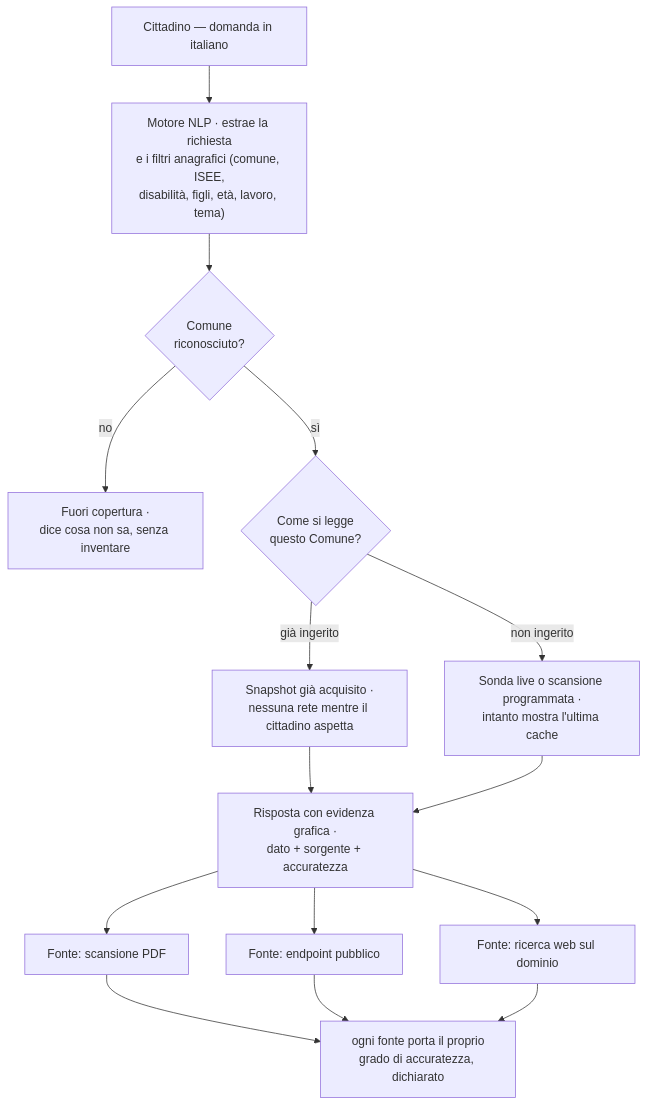
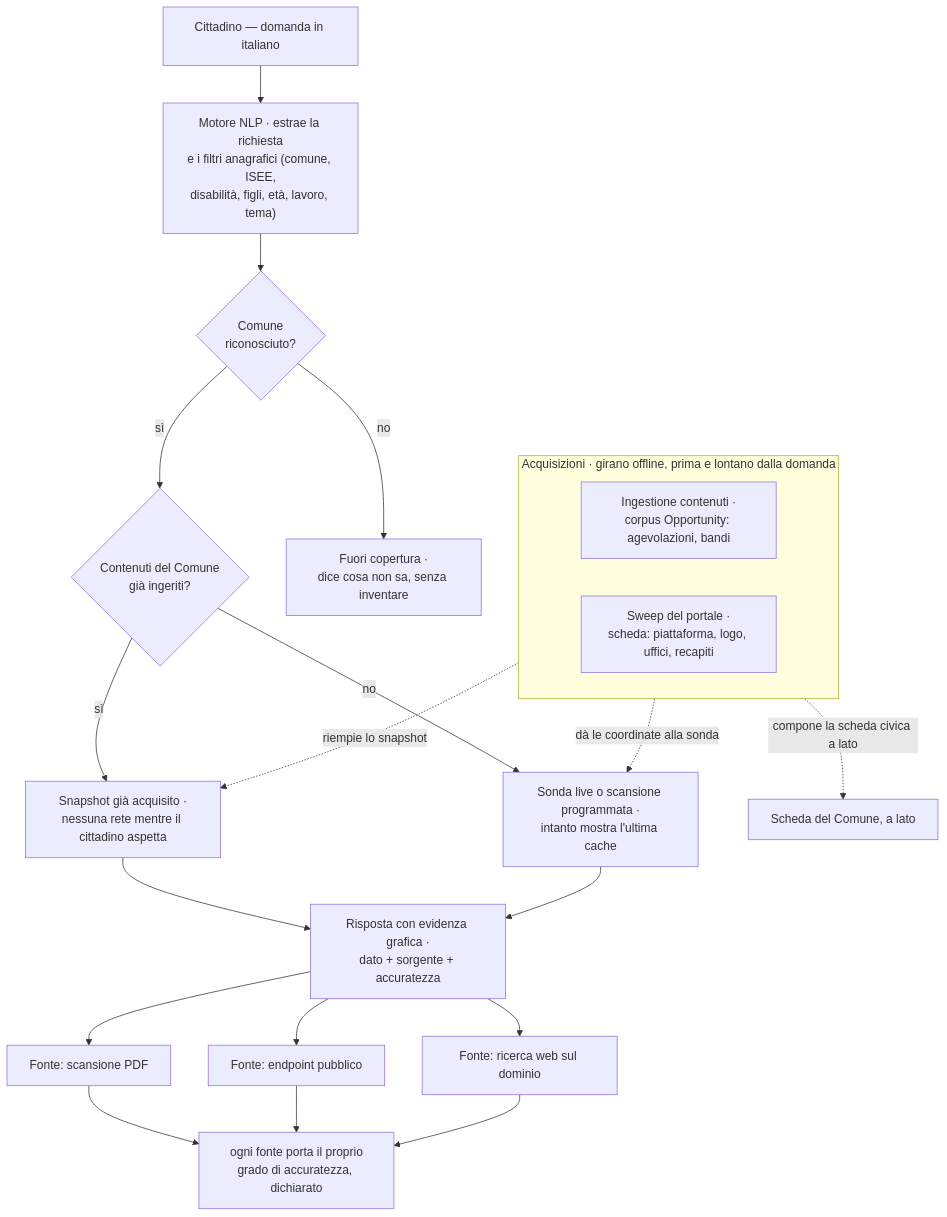
The diagram in docs/architettura.md (stanzinofree/TreasureIQ), drawn with Mermaid before and after one commit. The commit also changed other lines of this file and 8 other files, not shown here.

First line of the commit message:
docs(sweep-vs-ingestione): chiarisce i due atti + GIF live + pagina sito

````diff
--- a/docs/architettura.md
+++ b/docs/architettura.md
@@ -24,17 +24,26 @@
 ```mermaid
 flowchart TD
     U["Cittadino — domanda in italiano"] --> NLP["Motore NLP · estrae la richiesta<br/>e i filtri anagrafici (comune, ISEE,<br/>disabilità, figli, età, lavoro, tema)"]
     NLP --> C{"Comune<br/>riconosciuto?"}
     C -->|"no"| FUORI["Fuori copertura ·<br/>dice cosa non sa, senza inventare"]
-    C -->|"sì"| Q{"Come si legge<br/>questo Comune?"}
-    Q -->|"già ingerito"| CACHE["Snapshot già acquisito ·<br/>nessuna rete mentre il cittadino aspetta"]
-    Q -->|"non ingerito"| LIVE["Sonda live o scansione programmata ·<br/>intanto mostra l'ultima cache"]
+    C -->|"sì"| Q{"Contenuti del Comune<br/>già ingeriti?"}
+    Q -->|"sì"| CACHE["Snapshot già acquisito ·<br/>nessuna rete mentre il cittadino aspetta"]
+    Q -->|"no"| LIVE["Sonda live o scansione programmata ·<br/>intanto mostra l'ultima cache"]
     CACHE --> EV["Risposta con evidenza grafica ·<br/>dato + sorgente + accuratezza"]
     LIVE --> EV
     EV --> S1["Fonte: scansione PDF"]
     EV --> S2["Fonte: endpoint pubblico"]
     EV --> S3["Fonte: ricerca web sul dominio"]
     S1 --> ACC["ogni fonte porta il proprio<br/>grado di accuratezza, dichiarato"]
     S2 --> ACC
     S3 --> ACC
+
+    subgraph ACQ["Acquisizioni · girano offline, prima e lontano dalla domanda"]
+      direction LR
+      ING["Ingestione contenuti ·<br/>corpus Opportunity: agevolazioni, bandi"]
+      SW["Sweep del portale ·<br/>scheda: piattaforma, logo, uffici, recapiti"]
+    end
+    ING -. "riempie lo snapshot" .-> CACHE
+    SW -. "dà le coordinate alla sonda" .-> LIVE
+    SW -. "compone la scheda civica a lato" .-> SCHEDA["Scheda del Comune, a lato"]
 ```
````
